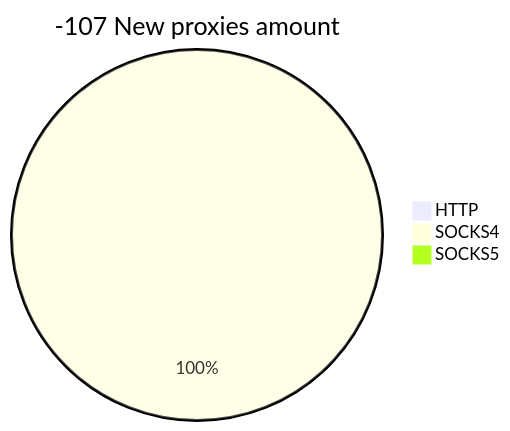
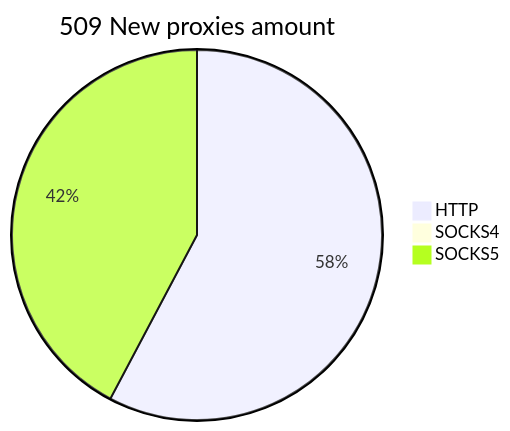
Before and after one commit to cutipu/proxylist: the second of 2 diagrams in README.md, drawn with Mermaid. The commit also changed other lines of this file, not shown here.

````diff
--- a/README.md
+++ b/README.md
@@ -10,6 +10,6 @@
 ```mermaid
-pie title -107 New proxies amount
-    "HTTP" : 0
-    "SOCKS4" : 118
-    "SOCKS5" : 0
+pie title 509 New proxies amount
+    "HTTP" : 328
+    "SOCKS4" : 0
+    "SOCKS5" : 240
 ```
````
